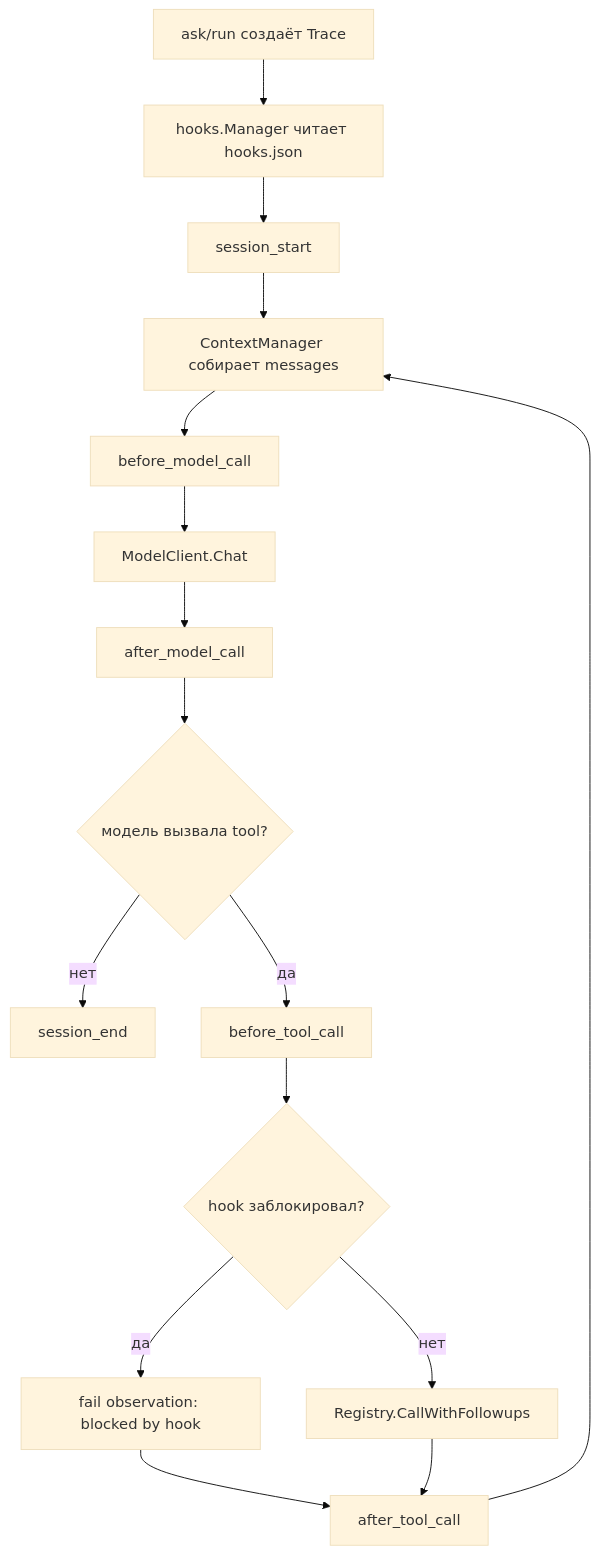
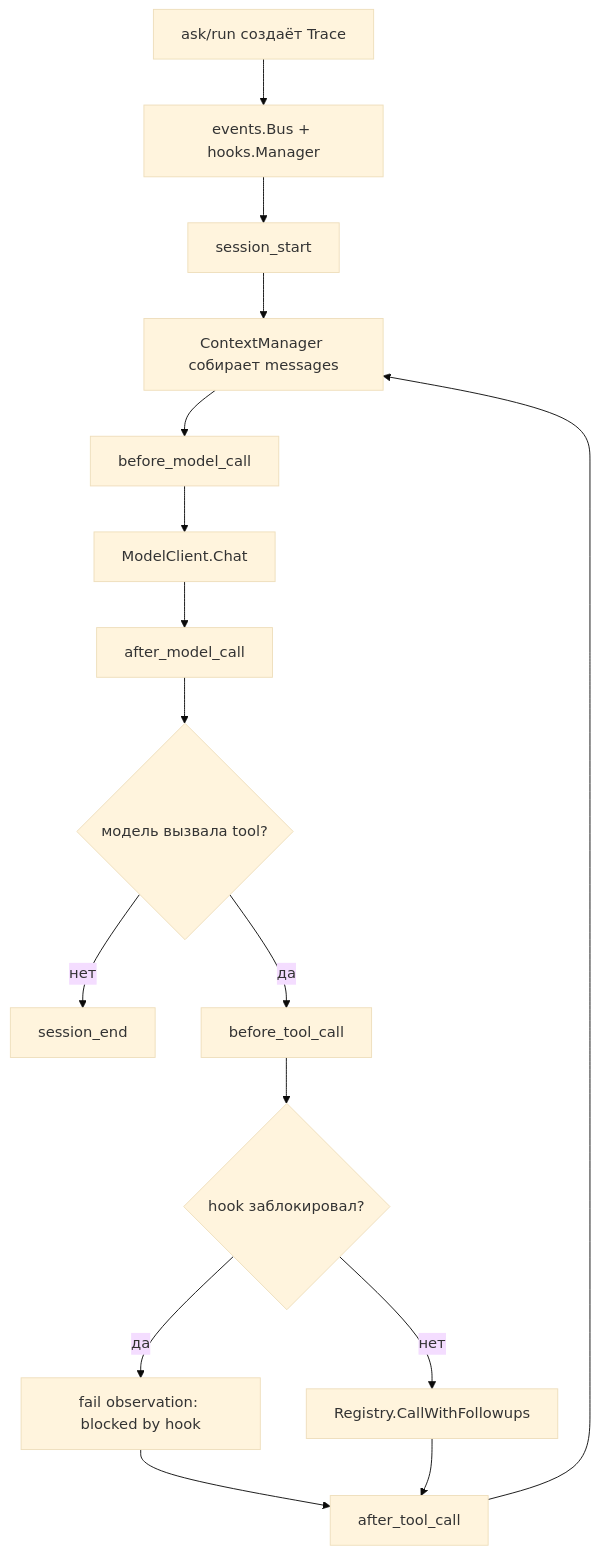
One commit to MADTeacher/madharness-mini-go changed the diagram in docs/hooks.md. Above: the diagram before and after it, drawn with Mermaid (base theme). The commit also changed other lines of this file and 24 other files, not shown here.

Commit message:
events bus

````diff
--- a/docs/hooks.md
+++ b/docs/hooks.md
@@ -35,18 +38,18 @@
 ```mermaid
 flowchart TD
-    A["ask/run создаёт Trace"] --> B["hooks.Manager читает hooks.json"]
+    A["ask/run создаёт Trace"] --> B["events.Bus + hooks.Manager"]
     B --> C["session_start"]
     C --> D["ContextManager собирает messages"]
     D --> E["before_model_call"]
     E --> F["ModelClient.Chat"]
     F --> G["after_model_call"]
     G --> H{"модель вызвала tool?"}
     H -- нет --> I["session_end"]
     H -- да --> J["before_tool_call"]
     J --> K{"hook заблокировал?"}
     K -- да --> L["fail observation: blocked by hook"]
     K -- нет --> M["Registry.CallWithFollowups"]
     L --> N["after_tool_call"]
     M --> N
     N --> D
 ```
````
